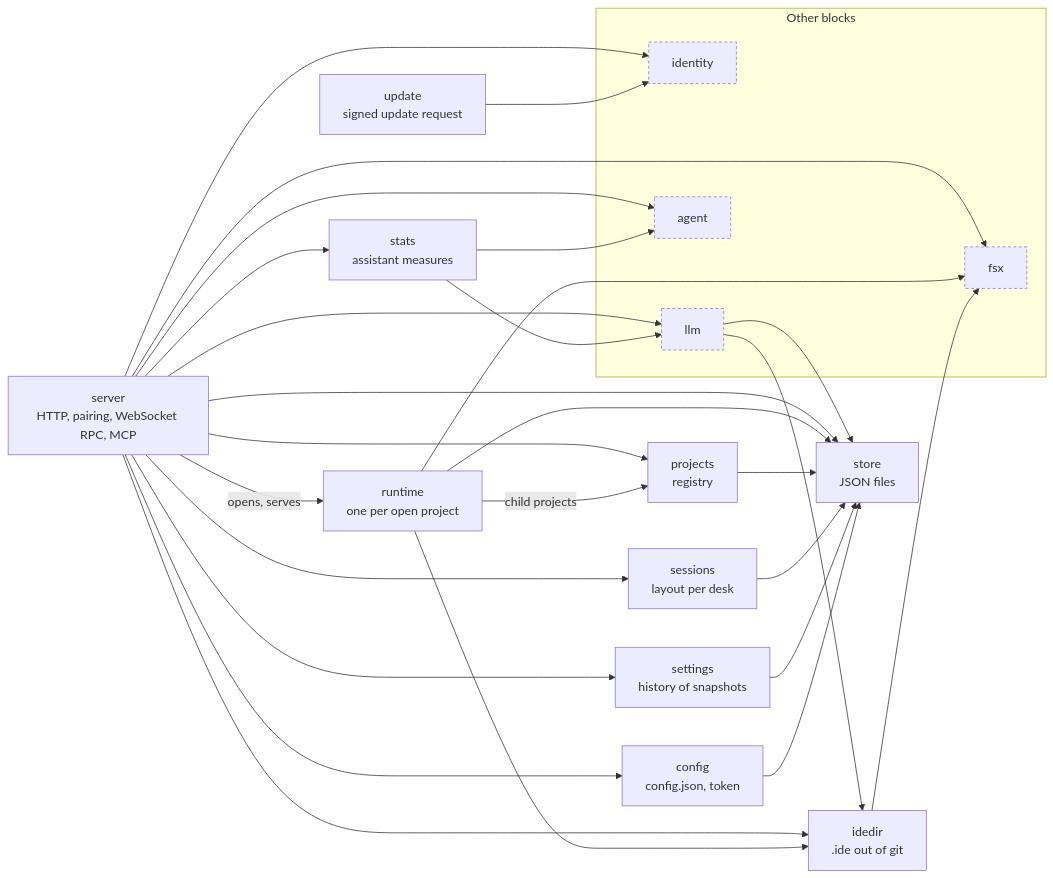
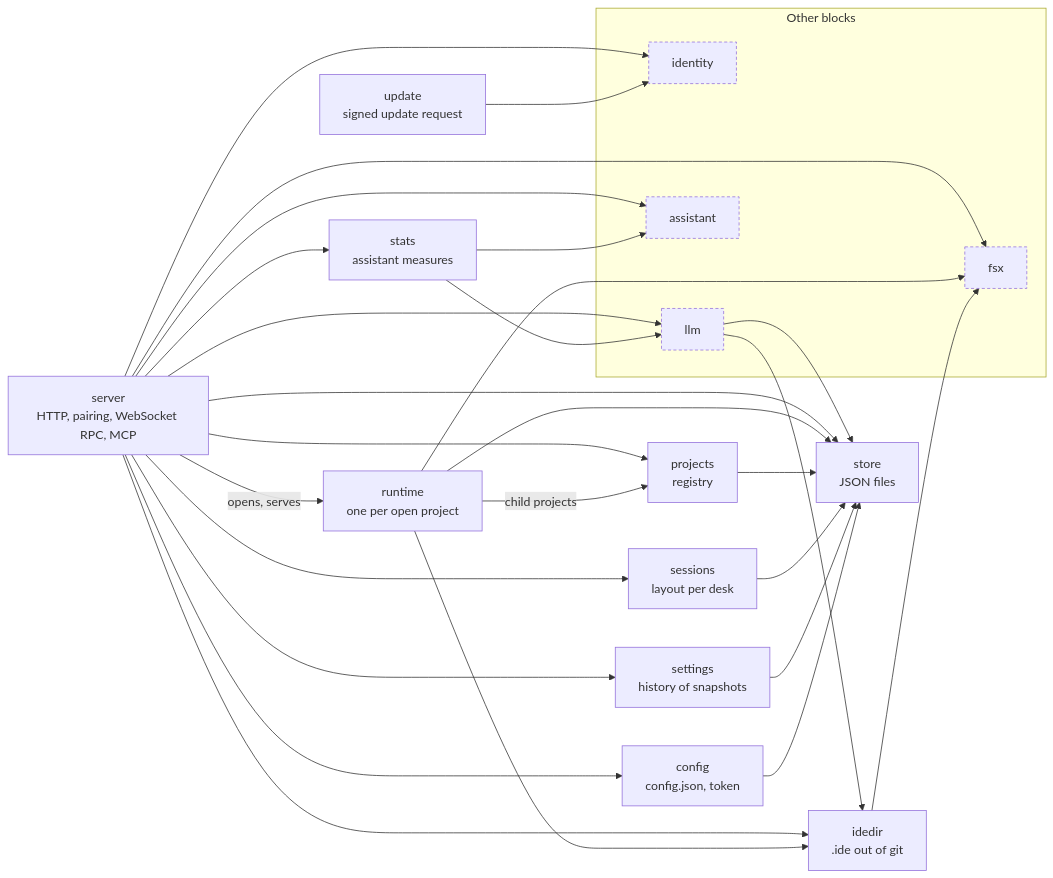
One commit to DrSmithFr/web-ide changed the first of 5 diagrams in pod/internal/README.md. Above: the diagram before and after it, drawn with Mermaid. The commit also changed other lines of this file and 163 other files, not shown here.

First line of the commit message:
#98 Naming: the assistant is not an agent

````diff
--- a/pod/internal/README.md
+++ b/pod/internal/README.md
@@ -19,47 +19,47 @@
 ```mermaid
 flowchart LR
   subgraph g_Otherblocks["Other blocks"]
     fsx["fsx"]
     identity["identity"]
     llm["llm"]
-    agent["agent"]
+    assistant["assistant"]
   end
   server["server<br/>HTTP, pairing, WebSocket RPC, MCP"]
   runtime["runtime<br/>one per open project"]
   projects["projects<br/>registry"]
   sessions["sessions<br/>layout per desk"]
   settings["settings<br/>history of snapshots"]
   store["store<br/>JSON files"]
   config["config<br/>config.json, token"]
   idedir["idedir<br/>.ide out of git"]
   stats["stats<br/>assistant measures"]
   update["update<br/>signed update request"]
-  server --> agent
+  server --> assistant
   server --> config
   server --> fsx
   server --> idedir
   server --> identity
   server --> llm
   server --> projects
   server -->|"opens, serves"| runtime
   server --> sessions
   server --> settings
   server --> stats
   server --> store
   runtime --> fsx
   runtime --> idedir
   runtime -->|"child projects"| projects
   runtime --> store
   projects --> store
   sessions --> store
   settings --> store
   config --> store
   idedir --> fsx
-  stats --> agent
+  stats --> assistant
   stats --> llm
   update --> identity
   llm --> idedir
   llm --> store
   classDef other stroke-dasharray: 4 3
-  class fsx,identity,llm,agent other
+  class fsx,identity,llm,assistant other
 ```
````
